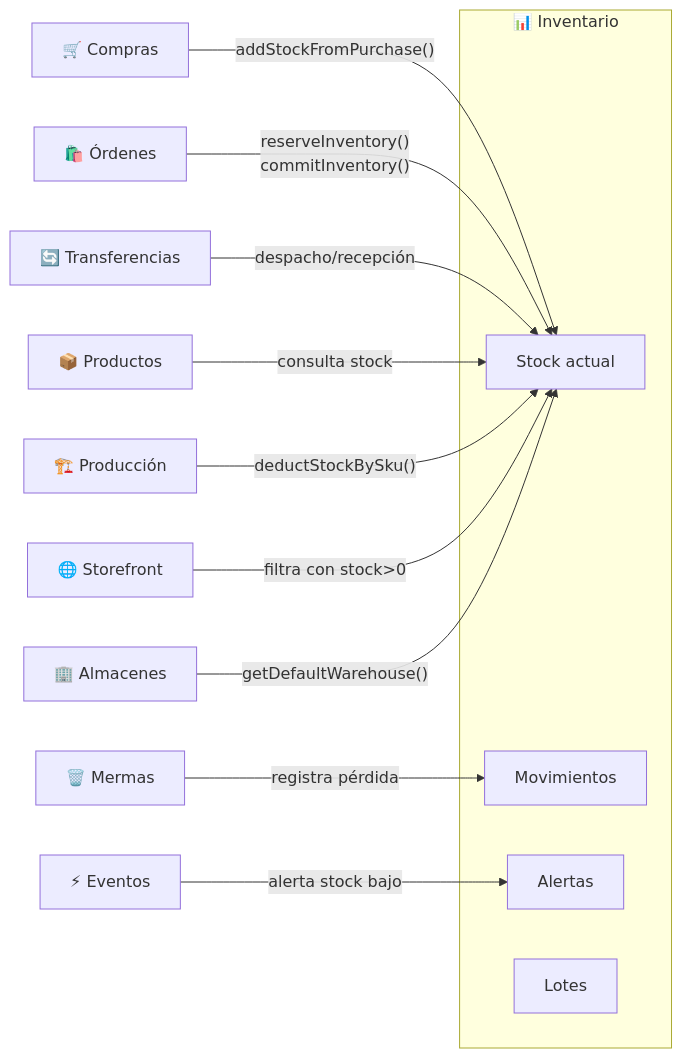
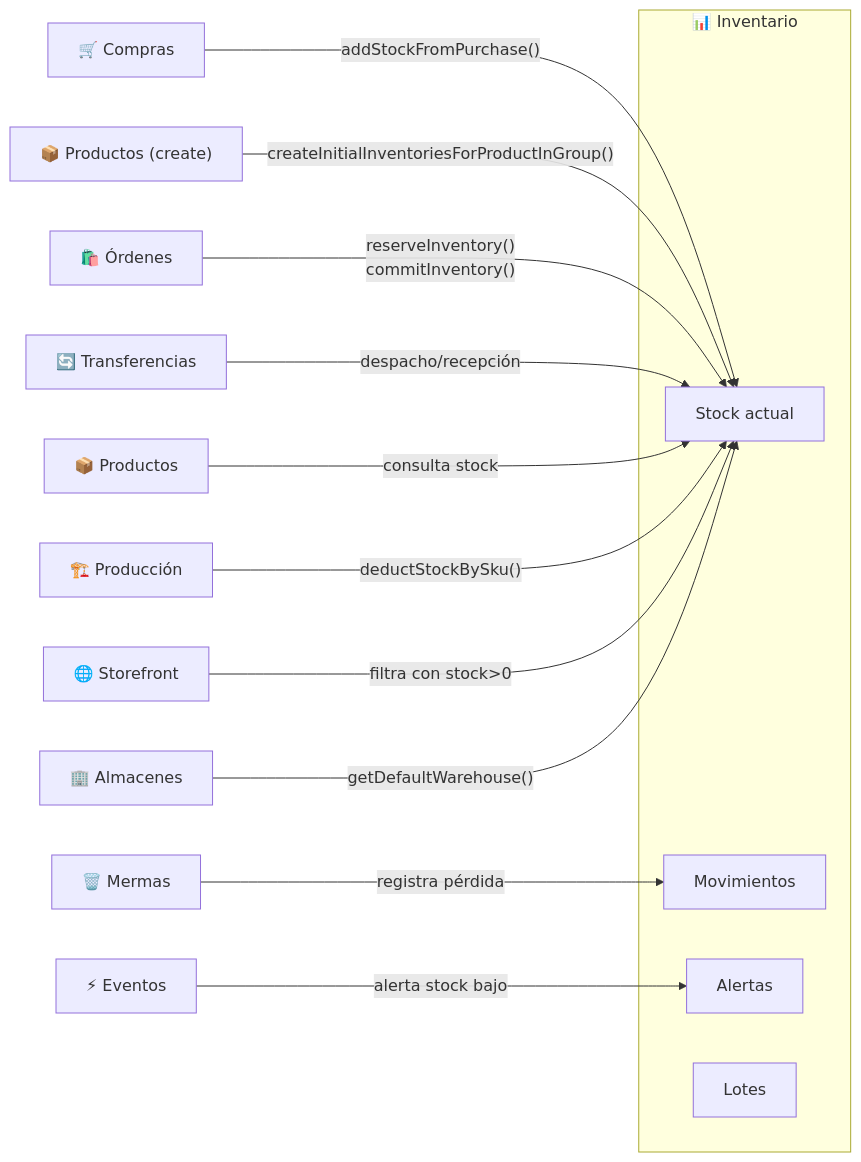
Before and after one commit to jualfel30-eng/smartkubik: the diagram in docs/wiki/modules/inventory/overview.md, drawn with Mermaid. The commit also changed other lines of this file and 54 other files, not shown here.

````diff
--- a/docs/wiki/modules/inventory/overview.md
+++ b/docs/wiki/modules/inventory/overview.md
@@ -44,19 +45,20 @@
 ```mermaid
 flowchart LR
     subgraph INV["📊 Inventario"]
         STOCK["Stock actual"]
         MOVES["Movimientos"]
         ALERTS["Alertas"]
         LOTS["Lotes"]
     end
 
     PURCH["🛒 Compras"] -->|"addStockFromPurchase()"| STOCK
+    PROD_CREATE["📦 Productos (create)"] -->|"createInitialInventoriesForProductInGroup()"| STOCK
     ORD["🛍️ Órdenes"] -->|"reserveInventory()<br/>commitInventory()"| STOCK
     TRANSFER["🔄 Transferencias"] -->|"despacho/recepción"| STOCK
     PROD["📦 Productos"] -->|"consulta stock"| STOCK
     BOM["🏗️ Producción"] -->|"deductStockBySku()"| STOCK
     WASTE["🗑️ Mermas"] -->|"registra pérdida"| MOVES
     EVENTS["⚡ Eventos"] -->|"alerta stock bajo"| ALERTS
     STORE["🌐 Storefront"] -->|"filtra con stock>0"| STOCK
     WH["🏢 Almacenes"] -->|"getDefaultWarehouse()"| STOCK
 ```
````
